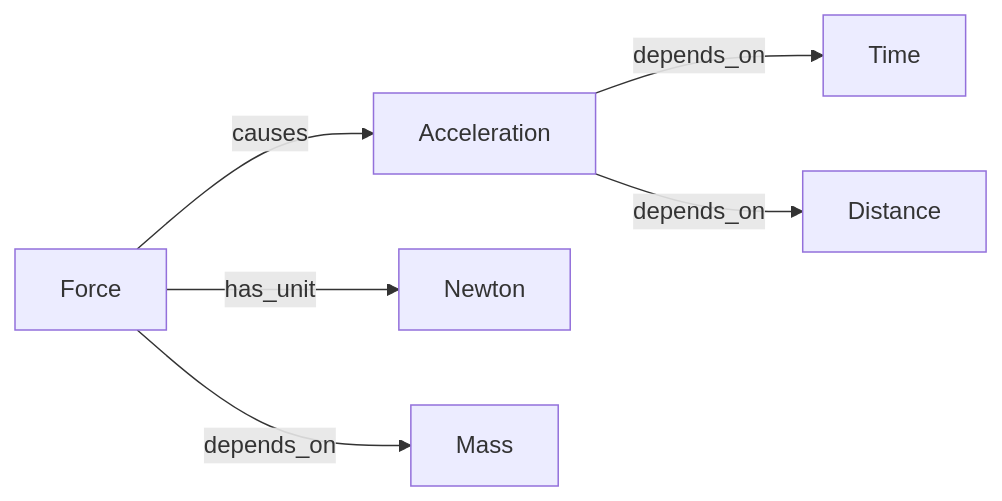
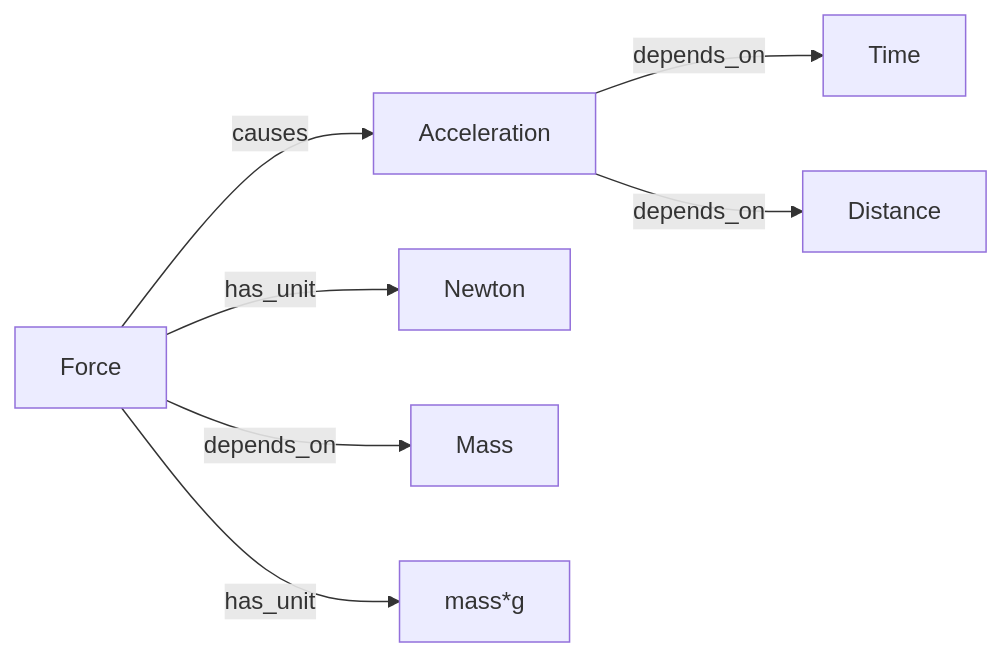
The diagram in README.md (CyrilPec/Lingvo), drawn with Mermaid before and after one commit.

Commit message:
Add relationship between Force and mass*g

````diff
--- a/README.md
+++ b/README.md
@@ -24,8 +24,9 @@
 ```mermaid
 graph LR
     Force -->|causes| Acceleration
     Force -->|has_unit| Newton
     Force -->|depends_on| Mass
     Acceleration -->|depends_on| Time
 Acceleration -->|depends_on| Distance
+ Force -->|has_unit| mass*g
 ```
````
